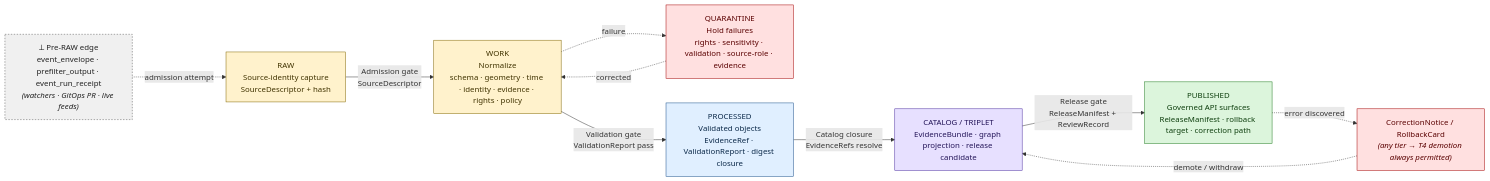
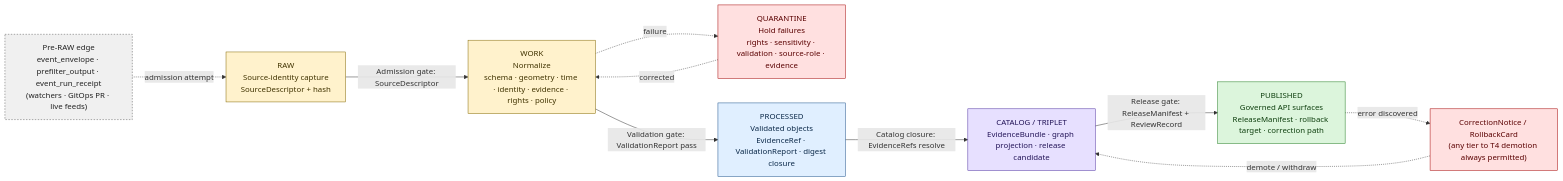
The first of 3 diagrams in docs/domains/fauna/DATA_LIFECYCLE.md (bartytime4life/Kansas-Frontier-Matrix), drawn with Mermaid before and after one commit. The commit also changed other lines of this file, not shown here.

````diff
--- a/docs/domains/fauna/DATA_LIFECYCLE.md
+++ b/docs/domains/fauna/DATA_LIFECYCLE.md
@@ -89,28 +99,28 @@
 ```mermaid
 flowchart LR
     classDef gov fill:#fff2cc,stroke:#806600,color:#403300,stroke-width:1px;
     classDef hold fill:#ffe0e0,stroke:#a30000,color:#5a0000,stroke-width:1px;
     classDef proc fill:#e0efff,stroke:#1a4f8a,color:#0b2949,stroke-width:1px;
     classDef cat  fill:#e7e0ff,stroke:#4b2da0,color:#231458,stroke-width:1px;
     classDef pub  fill:#dcf5dc,stroke:#1f7a1f,color:#0e3f0e,stroke-width:1px;
     classDef pre  fill:#f0f0f0,stroke:#555,color:#222,stroke-width:1px,stroke-dasharray:3 3;
 
-    PRE["⟂ Pre-RAW edge<br/>event_envelope · prefilter_output · event_run_receipt<br/><i>(watchers · GitOps PR · live feeds)</i>"]:::pre
+    PRE["Pre-RAW edge<br/>event_envelope · prefilter_output · event_run_receipt<br/>(watchers · GitOps PR · live feeds)"]:::pre
     RAW["RAW<br/>Source-identity capture<br/>SourceDescriptor + hash"]:::gov
     WORK["WORK<br/>Normalize<br/>schema · geometry · time · identity · evidence · rights · policy"]:::gov
     QUAR["QUARANTINE<br/>Hold failures<br/>rights · sensitivity · validation · source-role · evidence"]:::hold
     PROC["PROCESSED<br/>Validated objects<br/>EvidenceRef · ValidationReport · digest closure"]:::proc
     CAT["CATALOG / TRIPLET<br/>EvidenceBundle · graph projection · release candidate"]:::cat
     PUB["PUBLISHED<br/>Governed API surfaces<br/>ReleaseManifest · rollback target · correction path"]:::pub
-    COR["CorrectionNotice / RollbackCard<br/><i>(any tier → T4 demotion always permitted)</i>"]:::hold
+    COR["CorrectionNotice / RollbackCard<br/>(any tier to T4 demotion always permitted)"]:::hold
 
-    PRE -. admission attempt .-> RAW
-    RAW -->|Admission gate<br/>SourceDescriptor| WORK
-    WORK -->|Validation gate<br/>ValidationReport pass| PROC
-    WORK -. failure .-> QUAR
-    QUAR -. corrected .-> WORK
-    PROC -->|Catalog closure<br/>EvidenceRefs resolve| CAT
-    CAT -->|Release gate<br/>ReleaseManifest + ReviewRecord| PUB
-    PUB -. error discovered .-> COR
-    COR -. demote / withdraw .-> CAT
+    PRE -. "admission attempt" .-> RAW
+    RAW -->|"Admission gate: SourceDescriptor"| WORK
+    WORK -->|"Validation gate: ValidationReport pass"| PROC
+    WORK -. "failure" .-> QUAR
+    QUAR -. "corrected" .-> WORK
+    PROC -->|"Catalog closure: EvidenceRefs resolve"| CAT
+    CAT -->|"Release gate: ReleaseManifest + ReviewRecord"| PUB
+    PUB -. "error discovered" .-> COR
+    COR -. "demote / withdraw" .-> CAT
 ```
````
